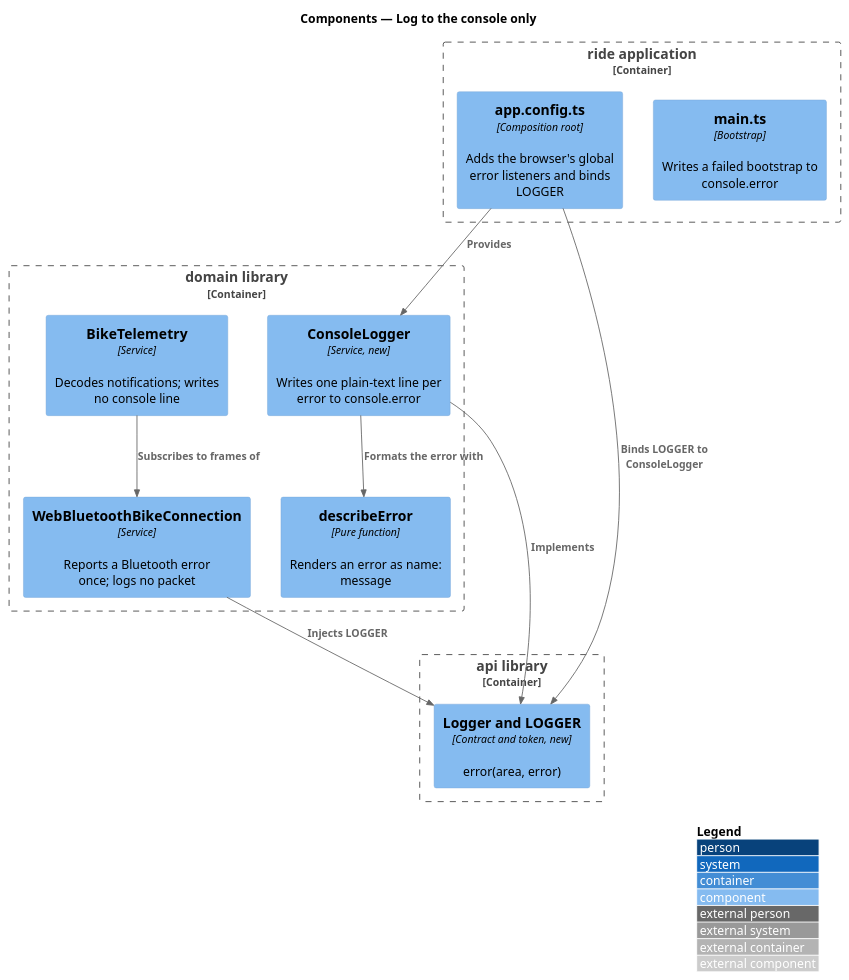
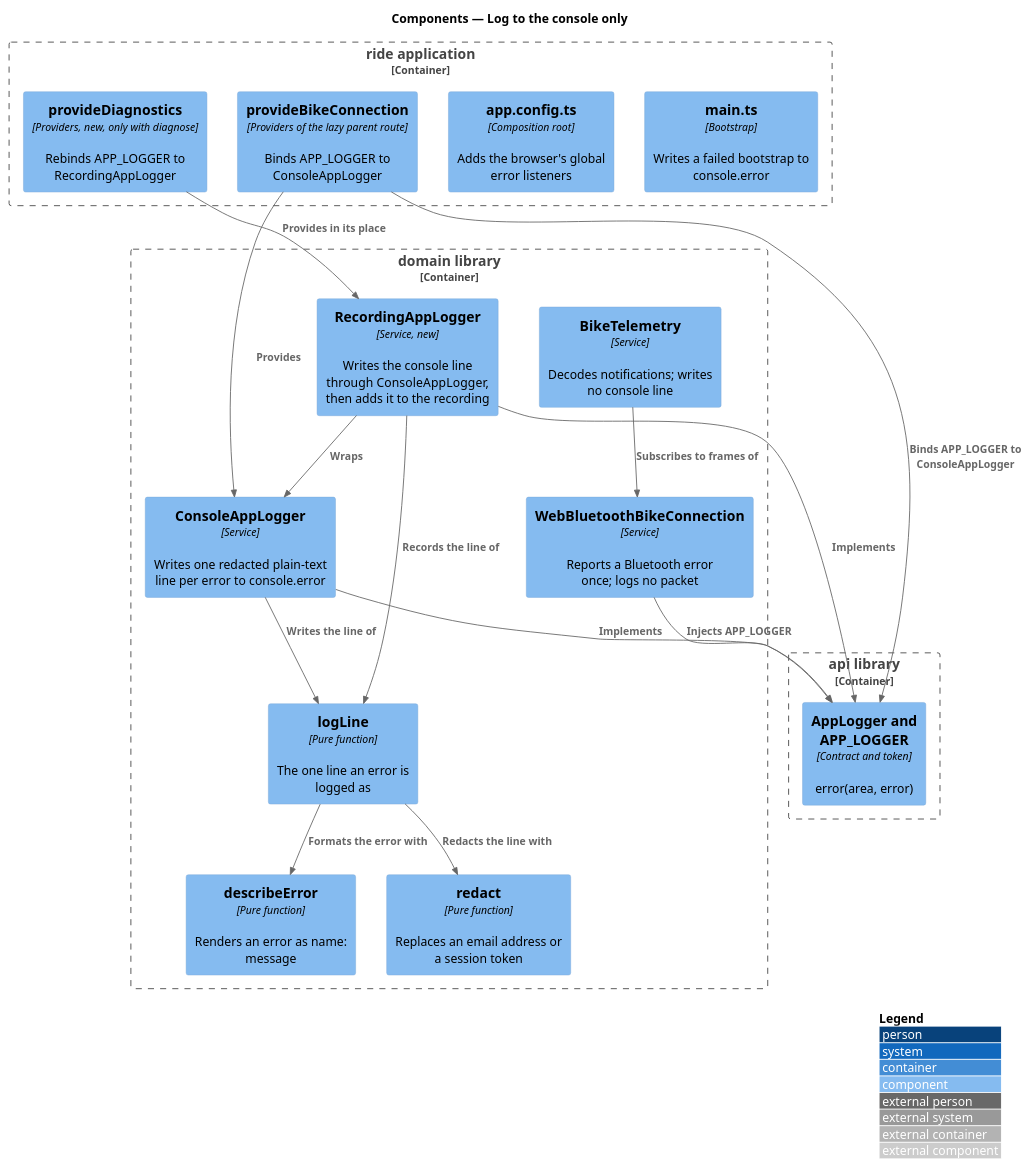
One commit to QuinntyneBrown/ride-one changed the diagram in docs/detailed-designs/security/log-to-the-console-only/diagrams/c4-component.puml. Above: the diagram before and after it, drawn with PlantUML. The commit also changed 45 other files, not shown here.

First line of the commit message:
Design the diagnostic recording and bring ten designs in line (L2-178)

```diff
--- a/docs/detailed-designs/security/log-to-the-console-only/diagrams/c4-component.puml
+++ b/docs/detailed-designs/security/log-to-the-console-only/diagrams/c4-component.puml
@@ -1,25 +1,36 @@
 @startuml
 !include <C4/C4_Component>
 LAYOUT_WITH_LEGEND()
 title Components — Log to the console only
 
 Container_Boundary(ride, "ride application") {
   Component(main, "main.ts", "Bootstrap", "Writes a failed bootstrap to console.error")
-  Component(config, "app.config.ts", "Composition root", "Adds the browser's global error listeners and binds LOGGER")
+  Component(config, "app.config.ts", "Composition root", "Adds the browser's global error listeners")
+  Component(provide, "provideBikeConnection", "Providers of the lazy parent route", "Binds APP_LOGGER to ConsoleAppLogger")
+  Component(diagnostics, "provideDiagnostics", "Providers, new, only with diagnose", "Rebinds APP_LOGGER to RecordingAppLogger")
 }
 Container_Boundary(domainlib, "domain library") {
-  Component(logger, "ConsoleLogger", "Service, new", "Writes one plain-text line per error to console.error")
+  Component(logger, "ConsoleAppLogger", "Service", "Writes one redacted plain-text line per error to console.error")
+  Component(reclogger, "RecordingAppLogger", "Service, new", "Writes the console line through ConsoleAppLogger, then adds it to the recording")
+  Component(logline, "logLine", "Pure function", "The one line an error is logged as")
   Component(describe, "describeError", "Pure function", "Renders an error as name: message")
+  Component(redact, "redact", "Pure function", "Replaces an email address or a session token")
   Component(conn, "WebBluetoothBikeConnection", "Service", "Reports a Bluetooth error once; logs no packet")
   Component(telemetry, "BikeTelemetry", "Service", "Decodes notifications; writes no console line")
 }
 Container_Boundary(apilib, "api library") {
-  Component(contract, "Logger and LOGGER", "Contract and token, new", "error(area, error)")
+  Component(contract, "AppLogger and APP_LOGGER", "Contract and token", "error(area, error)")
 }
-Rel(config, contract, "Binds LOGGER to ConsoleLogger")
-Rel(config, logger, "Provides")
-Rel(conn, contract, "Injects LOGGER")
+Rel(provide, contract, "Binds APP_LOGGER to ConsoleAppLogger")
+Rel(provide, logger, "Provides")
+Rel(diagnostics, reclogger, "Provides in its place")
+Rel(conn, contract, "Injects APP_LOGGER")
 Rel(logger, contract, "Implements")
-Rel(logger, describe, "Formats the error with")
+Rel(reclogger, contract, "Implements")
+Rel(reclogger, logger, "Wraps")
+Rel(logger, logline, "Writes the line of")
+Rel(reclogger, logline, "Records the line of")
+Rel(logline, describe, "Formats the error with")
+Rel(logline, redact, "Redacts the line with")
 Rel(telemetry, conn, "Subscribes to frames of")
 @enduml
```
